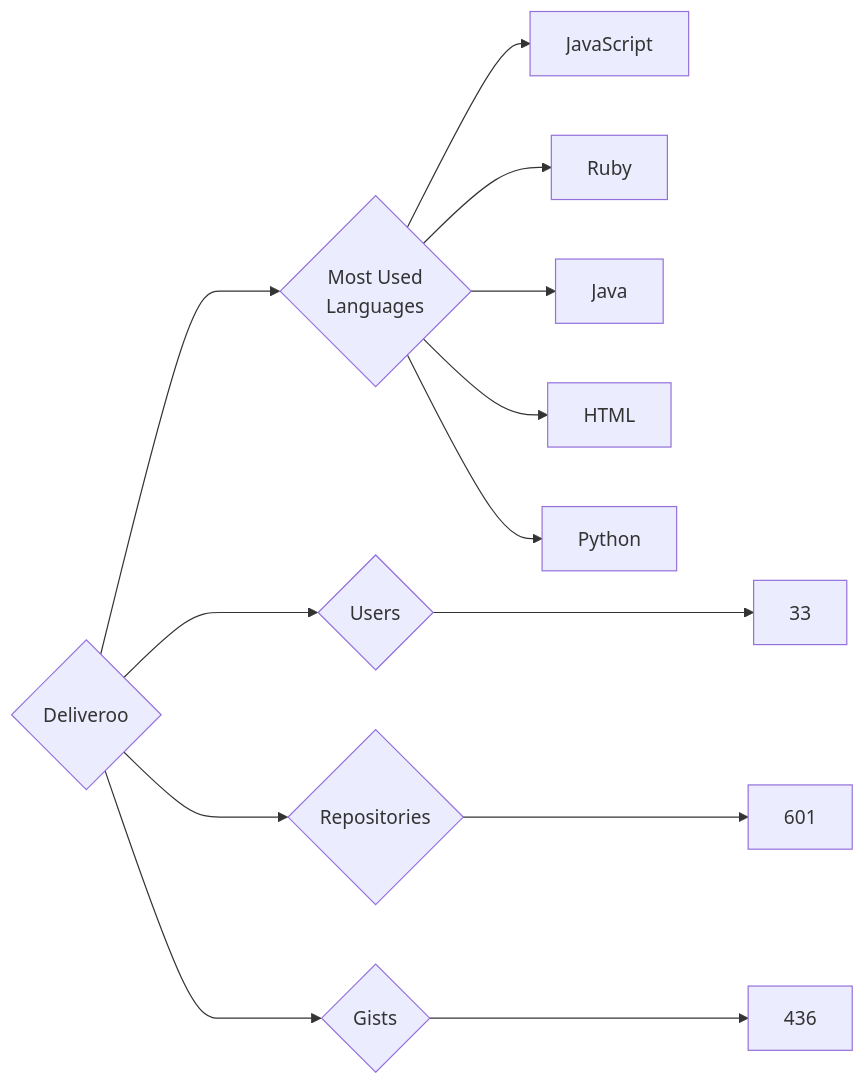
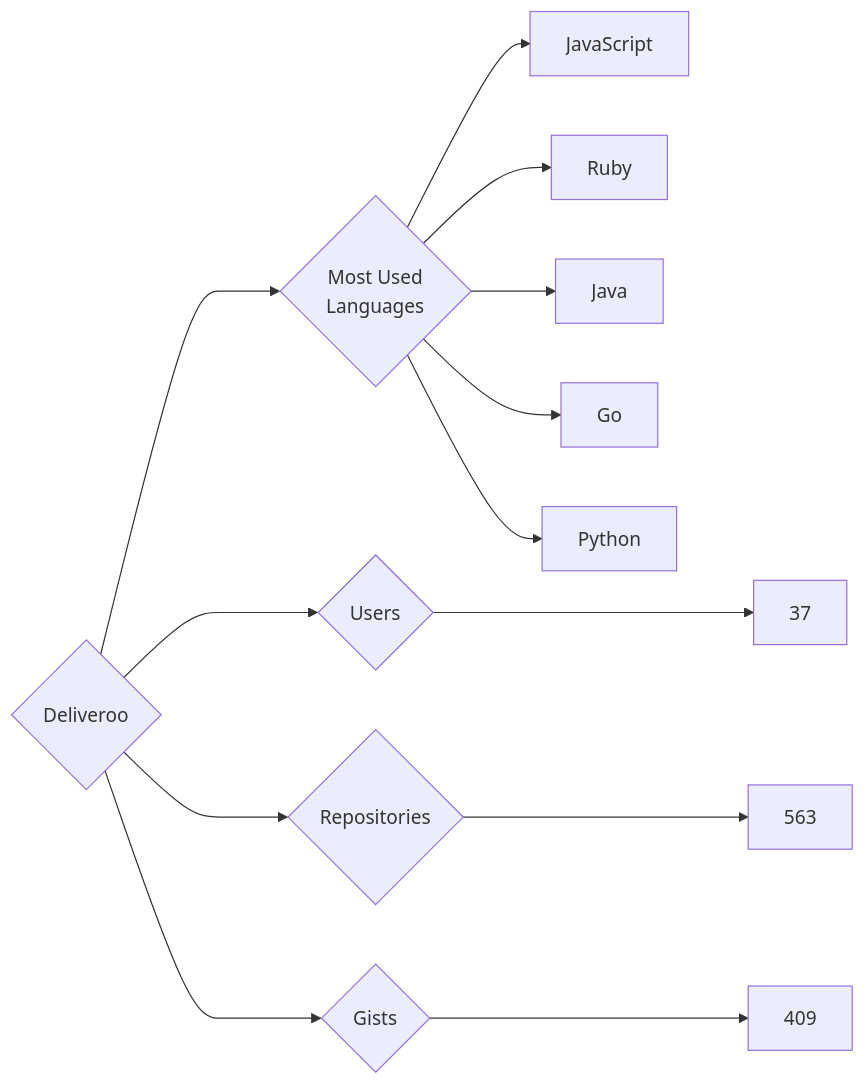
The diagram in targets/Deliveroo/README.md (trickest/insiders), drawn with Mermaid before and after one commit. The commit also changed 888 other files, not shown here.

````diff
--- a/targets/Deliveroo/README.md
+++ b/targets/Deliveroo/README.md
@@ -3,13 +3,13 @@
 ```mermaid
 graph LR
 COMPANY_NAME{Deliveroo}
-COMPANY_NAME ---> U{Users} ---> UN[33]
-COMPANY_NAME ---> R{Repositories} ---> RN[601]
-COMPANY_NAME ---> G{Gists} ---> GN[436]
+COMPANY_NAME ---> U{Users} ---> UN[37]
+COMPANY_NAME ---> R{Repositories} ---> RN[563]
+COMPANY_NAME ---> G{Gists} ---> GN[409]
 COMPANY_NAME ---> ML{Most Used<br>Languages}
 ML --> JavaScript[JavaScript]
 ML --> Ruby[Ruby]
 ML --> Java[Java]
-ML --> HTML[HTML]
+ML --> Go[Go]
 ML --> Python[Python]
 ```
````
